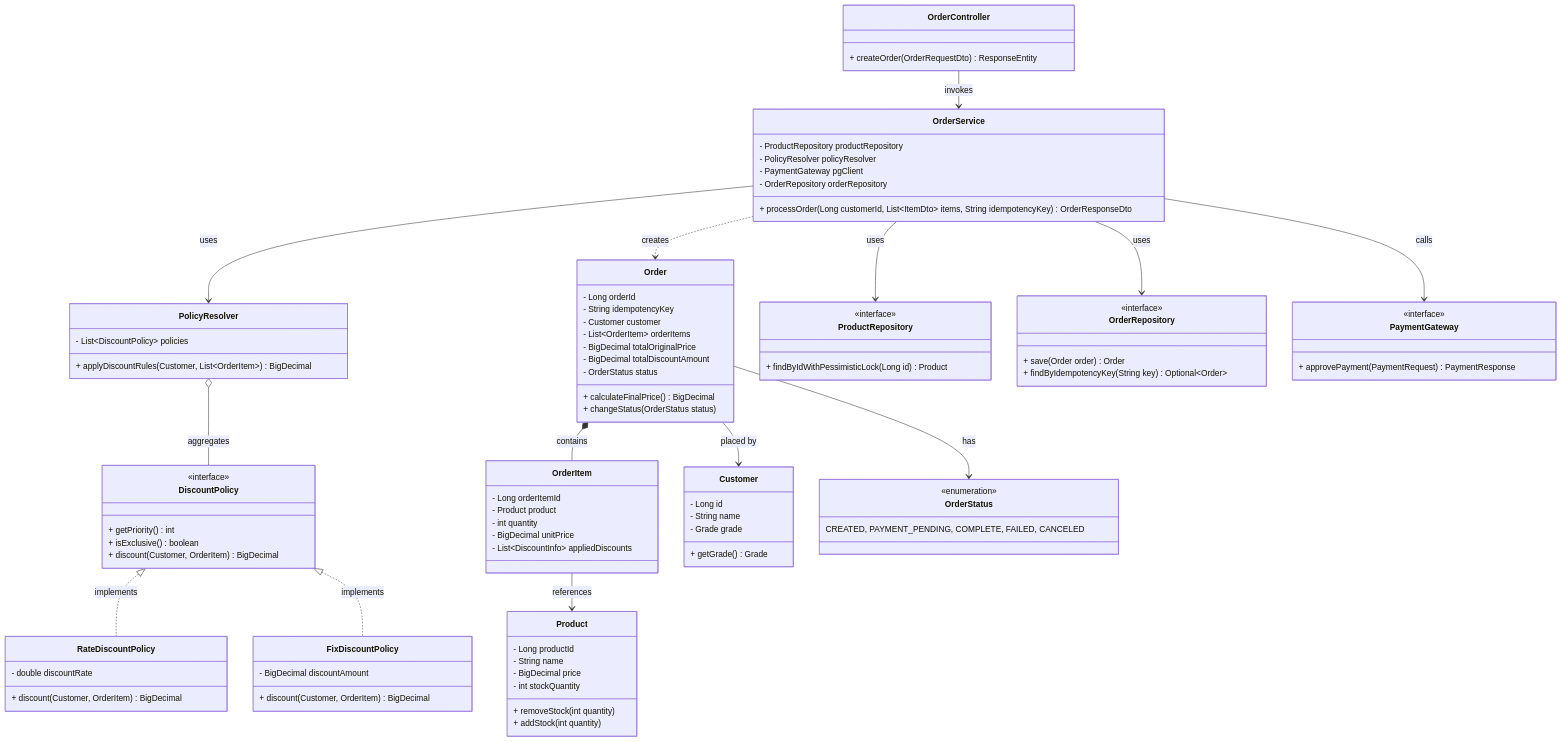
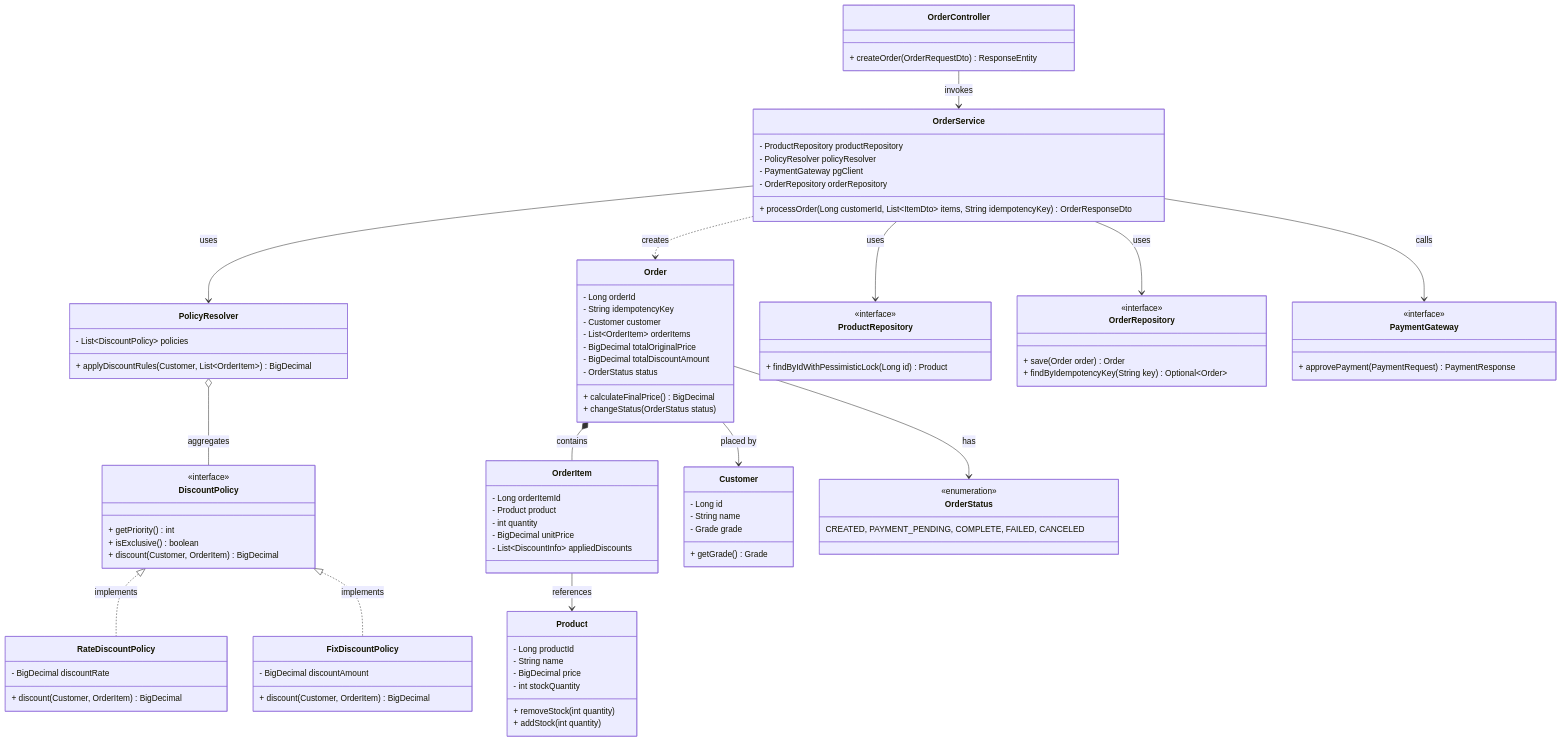
One commit to dlwlssud123/OSS_shopping changed the first of 3 diagrams in Design_22212025_이진녕.md. Above: the diagram before and after it, drawn with Mermaid. The commit also changed other lines of this file, not shown here.

Commit message:
docs: Update Design document sequence diagram and data types

```diff
--- a/Design_22212025_이진녕.md
+++ b/Design_22212025_이진녕.md
@@ -73,7 +73,7 @@
         + discount(Customer, OrderItem) BigDecimal
     }
     class RateDiscountPolicy {
-        - double discountRate
+        - BigDecimal discountRate
         + discount(Customer, OrderItem) BigDecimal
     }
     class FixDiscountPolicy {
```
